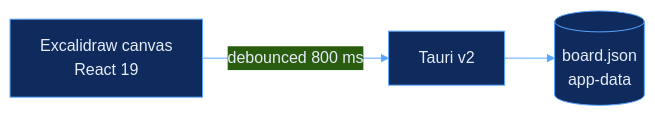
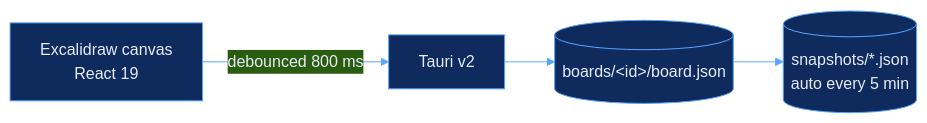
The diagram in README.md (IniEyyy/IniEyyy), drawn with Mermaid before and after one commit. The commit also changed other lines of this file and 1 other file, not shown here.

````diff
--- a/README.md
+++ b/README.md
@@ -21,6 +30,7 @@
 ```mermaid
 %%{init: {'theme':'base','themeVariables':{'primaryColor':'#0F2A5C','primaryTextColor':'#E6EDF8','primaryBorderColor':'#58A6FF','lineColor':'#58A6FF','fontFamily':'ui-monospace, monospace'}}}%%
 flowchart LR
   A["Excalidraw canvas<br/>React 19"] -->|"debounced 800 ms"| B["Tauri v2"]
-  B --> C[("board.json<br/>app-data")]
+  B --> C[("boards/&lt;id&gt;/board.json")]
+  C --> D[("snapshots/*.json<br/>auto every 5 min")]
 ```
````
